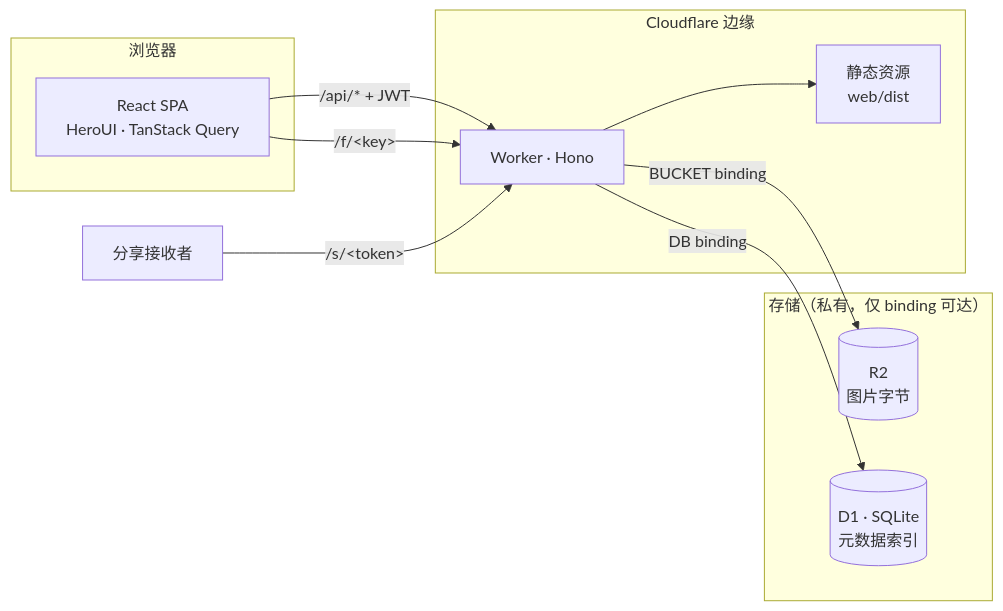
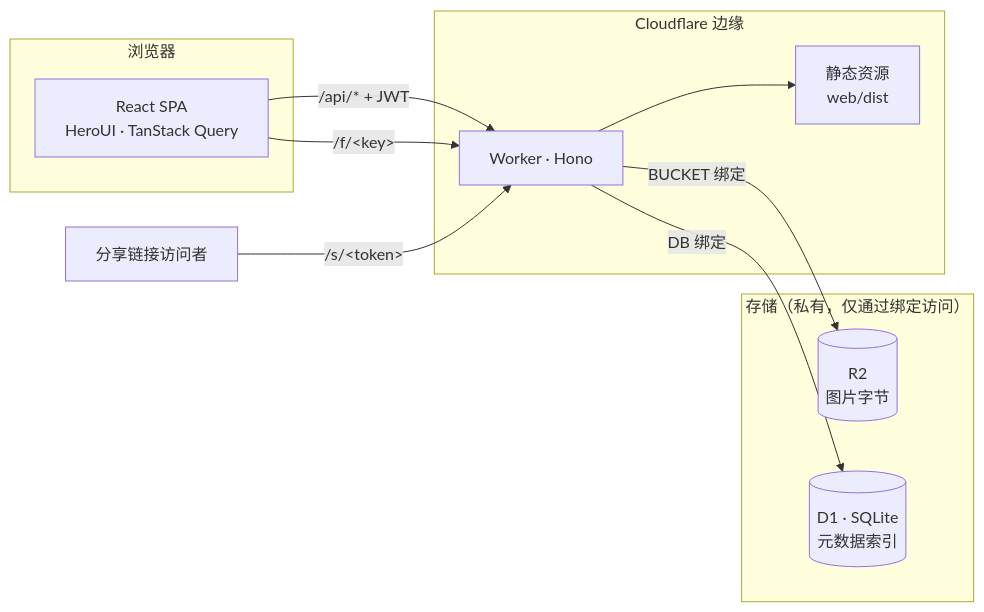
The diagram in README.zh-CN.md (boltguo/PicNest), drawn with Mermaid before and after one commit. The commit also changed other lines of this file and 7 other files, not shown here.

````diff
--- a/README.zh-CN.md
+++ b/README.zh-CN.md
@@ -48,24 +74,24 @@
 ```mermaid
 flowchart LR
     subgraph browser["浏览器"]
         SPA["React SPA<br/>HeroUI · TanStack Query"]
     end
-    guest["分享接收者"]
+    guest["分享链接访问者"]
 
     subgraph edge["Cloudflare 边缘"]
         W["Worker · Hono"]
         ASSETS["静态资源<br/>web/dist"]
     end
 
-    subgraph storage["存储（私有，仅 binding 可达）"]
+    subgraph storage["存储（私有，仅通过绑定访问）"]
         R2[("R2<br/>图片字节")]
         D1[("D1 · SQLite<br/>元数据索引")]
     end
 
     SPA -->|"/api/* + JWT"| W
     SPA -->|"/f/&lt;key&gt;"| W
     guest -->|"/s/&lt;token&gt;"| W
     W --> ASSETS
-    W -->|BUCKET binding| R2
-    W -->|DB binding| D1
+    W -->|BUCKET 绑定| R2
+    W -->|DB 绑定| D1
 ```
````
